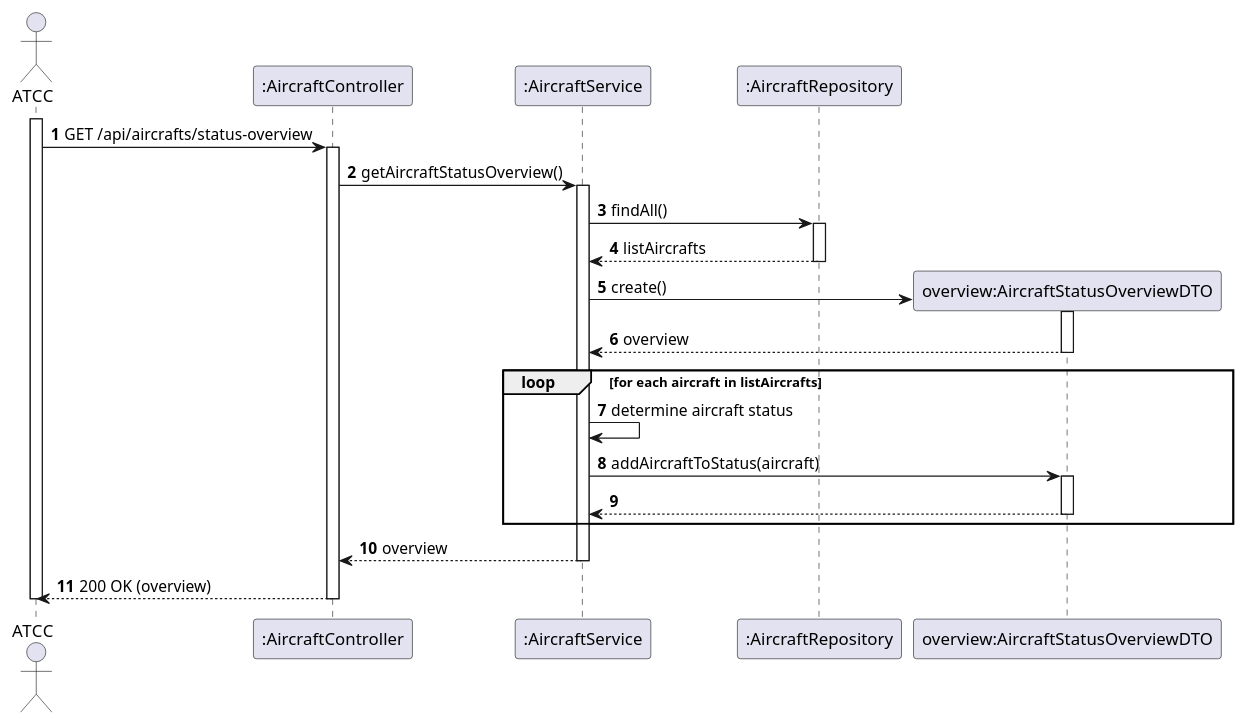
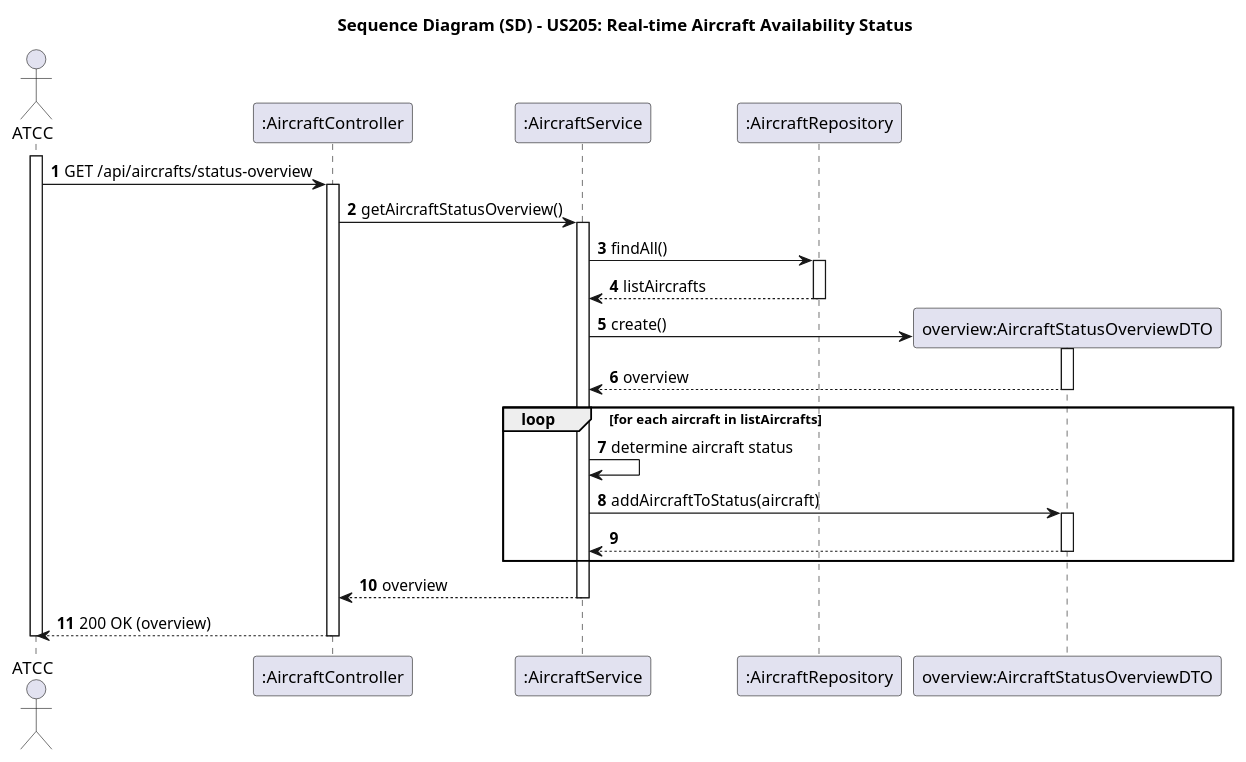
The diagram in docs/use-cases/WP#1B/US205/puml/US205-SD.puml (Andre-1240567/psoft2026_2DB_1240567_1241013_1240624), drawn with PlantUML before and after one commit. The commit also changed 28 other files, not shown here.

```diff
--- a/docs/use-cases/WP#1B/US205/puml/US205-SD.puml
+++ b/docs/use-cases/WP#1B/US205/puml/US205-SD.puml
@@ -1,43 +1,45 @@
-@startuml
+@startuml US205-SD
 autonumber
+title Sequence Diagram (SD) - US205: Real-time Aircraft Availability Status
+
 
 actor "ATCC" as ATCC
 participant ":AircraftController" as CTRL
 participant ":AircraftService" as SERV
 participant ":AircraftRepository" as REPO
 participant "overview:AircraftStatusOverviewDTO" as DTO
 
 activate ATCC
 
 ATCC -> CTRL : GET /api/aircrafts/status-overview
 activate CTRL
 
 CTRL -> SERV : getAircraftStatusOverview()
 activate SERV
 
 SERV -> REPO : findAll()
 activate REPO
 REPO --> SERV : listAircrafts
 deactivate REPO
 
 SERV -> DTO** : create()
 activate DTO
 DTO --> SERV : overview
 deactivate DTO
 
 loop for each aircraft in listAircrafts
     SERV -> SERV : determine aircraft status
     SERV -> DTO : addAircraftToStatus(aircraft)
     activate DTO
     DTO --> SERV
     deactivate DTO
 end
 
 SERV --> CTRL : overview
 deactivate SERV
 
 CTRL --> ATCC : 200 OK (overview)
 deactivate CTRL
 
 deactivate ATCC
 @enduml
```
